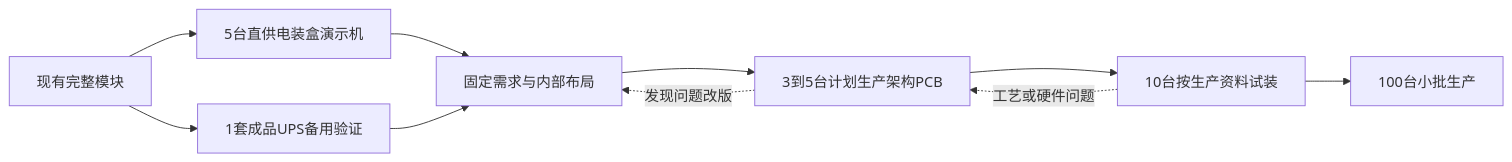
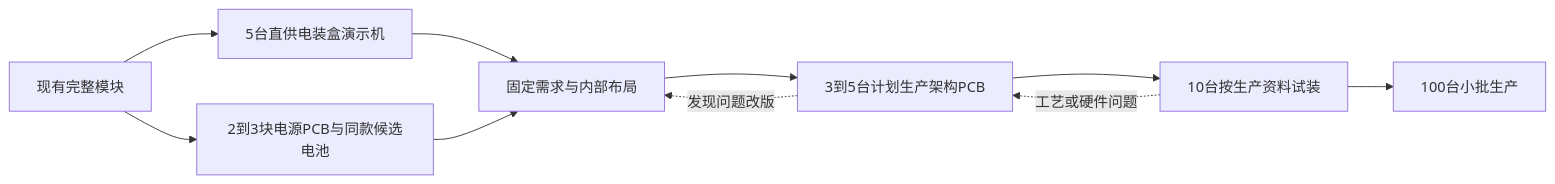
One commit to xwyjh3612/doorbell_demo changed the diagram in 首批5台分阶段实施方案.md. Above: the diagram before and after it, drawn with Mermaid. The commit also changed other lines of this file and 10 other files, not shown here.

````diff
--- a/首批5台分阶段实施方案.md
+++ b/首批5台分阶段实施方案.md
@@ -17,12 +17,12 @@
 ```mermaid
 flowchart LR
  A[现有完整模块] --> B[5台直供电装盒演示机]
- A --> U[1套成品UPS备用验证]
+ A --> U[2到3块电源PCB与同款候选电池]
  B --> C[固定需求与内部布局]
  U --> C
  C --> D[3到5台计划生产架构PCB]
  D --> E[10台按生产资料试装]
  E --> F[100台小批生产]
  D -.发现问题改版.-> C
  E -.工艺或硬件问题.-> D
 ```
````
